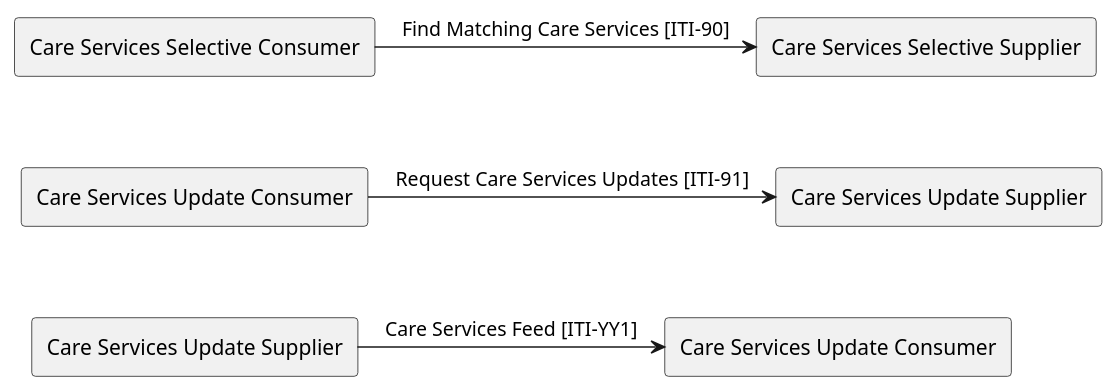
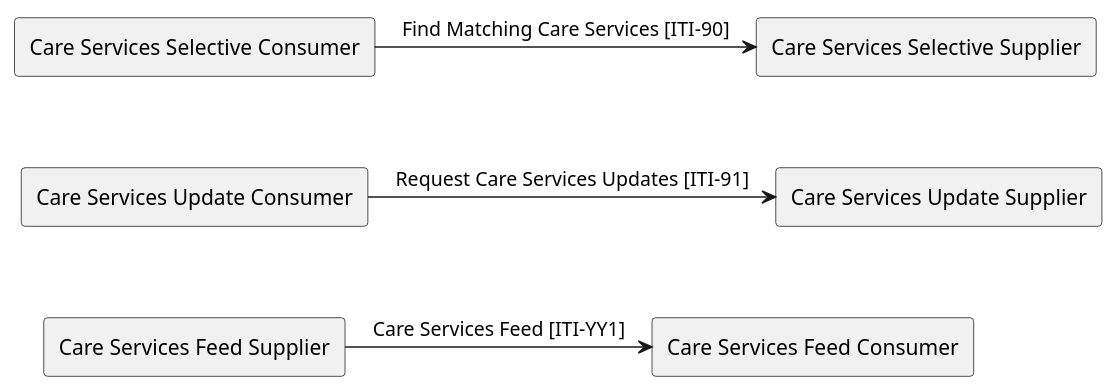
One commit to IHE/ITI.mCSD changed the diagram in input/images-source/ActorsAndTransactions.plantuml. Above: the diagram before and after it, drawn with PlantUML. The commit also changed 6 other files, not shown here.

```diff
--- a/input/images-source/ActorsAndTransactions.plantuml
+++ b/input/images-source/ActorsAndTransactions.plantuml
@@ -1,15 +1,15 @@
 @startuml
 hide footbox
 skinparam linetype polyline
 agent "Care Services Selective Supplier" as SelectiveSupplier
 agent "Care Services Selective Consumer" as SelectiveConsumer
 agent "Care Services Update Supplier" as UpdateSupplier
 agent "Care Services Update Consumer" as UpdateConsumer
-agent "Care Services Update Supplier" as UpdateSupplier2
-agent "Care Services Update Consumer" as UpdateConsumer2
+agent "Care Services Feed Supplier" as FeedSupplier
+agent "Care Services Feed Consumer" as FeedConsumer
 SelectiveConsumer -> SelectiveSupplier : "Find Matching Care Services [ITI-90]"
 SelectiveConsumer -[hidden]-> UpdateConsumer
 UpdateConsumer -> UpdateSupplier : "Request Care Services Updates [ITI-91]"
-UpdateConsumer -[hidden]-> UpdateSupplier2
-UpdateSupplier2 -> UpdateConsumer2 : "Care Services Feed [ITI-YY1]"
+UpdateConsumer -[hidden]-> FeedSupplier
+FeedSupplier -> FeedConsumer : "Care Services Feed [ITI-YY1]"
 @enduml
```
